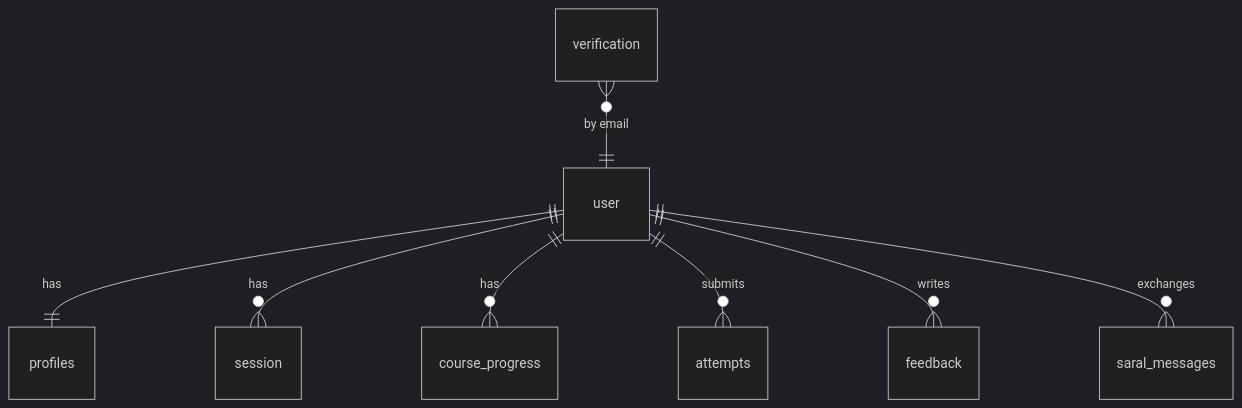
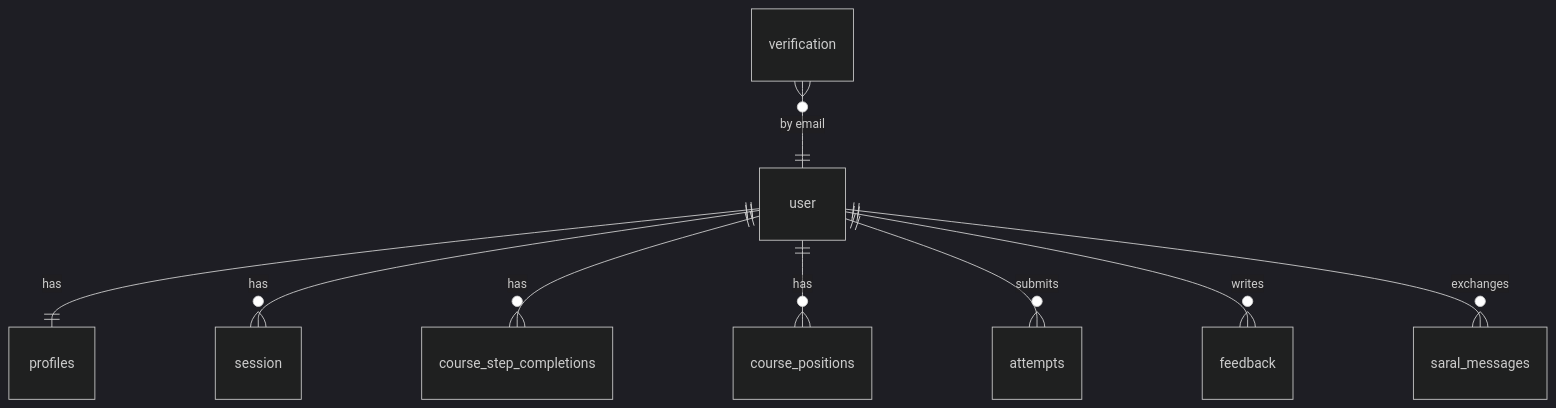
One commit to tayaln/ai-detective-backend changed the third of 3 diagrams in docs/architecture.md. Above: the diagram before and after it, drawn with Mermaid (dark theme). The commit also changed other lines of this file and 19 other files, not shown here.

````diff
--- a/docs/architecture.md
+++ b/docs/architecture.md
@@ -223,10 +223,11 @@
 ```mermaid
 erDiagram
   user ||--|| profiles : has
   user ||--o{ session : has
-  user ||--o{ course_progress : has
+  user ||--o{ course_step_completions : has
+  user ||--o{ course_positions : has
   user ||--o{ attempts : submits
   user ||--o{ feedback : writes
   user ||--o{ saral_messages : exchanges
   verification }o--|| user : "by email"
 ```
````
